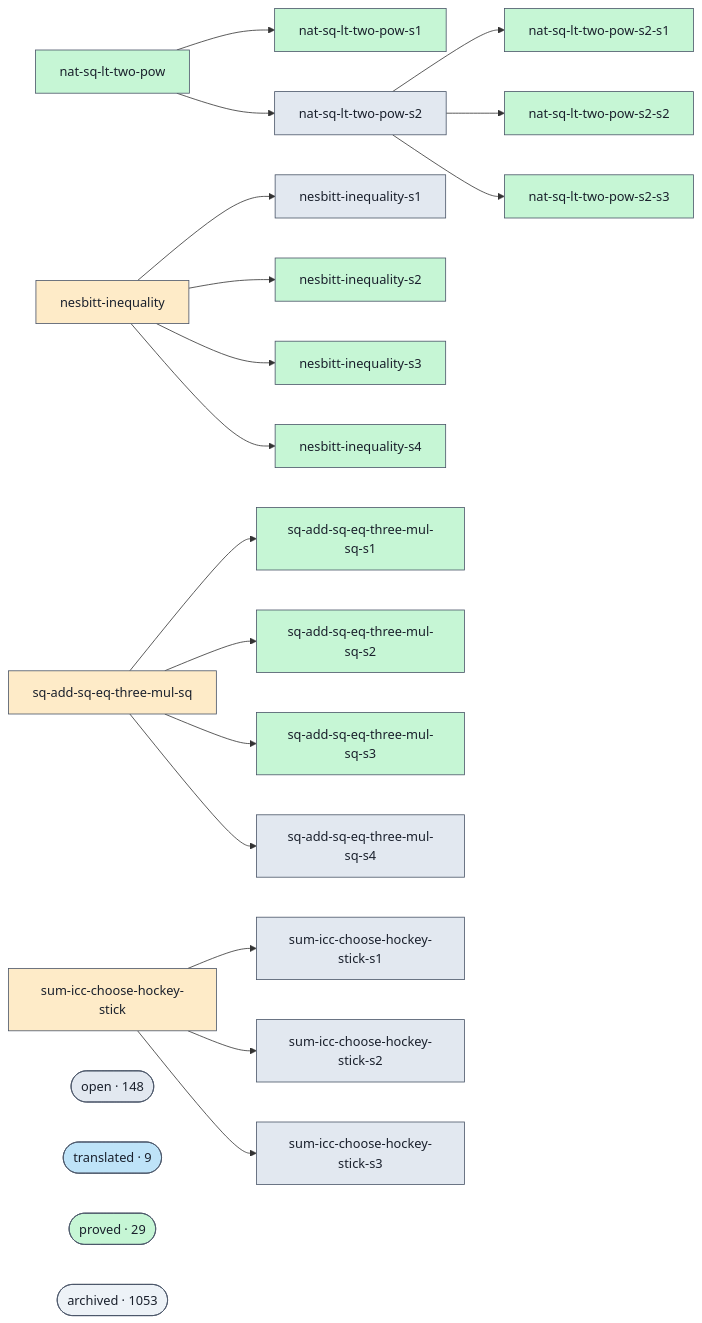
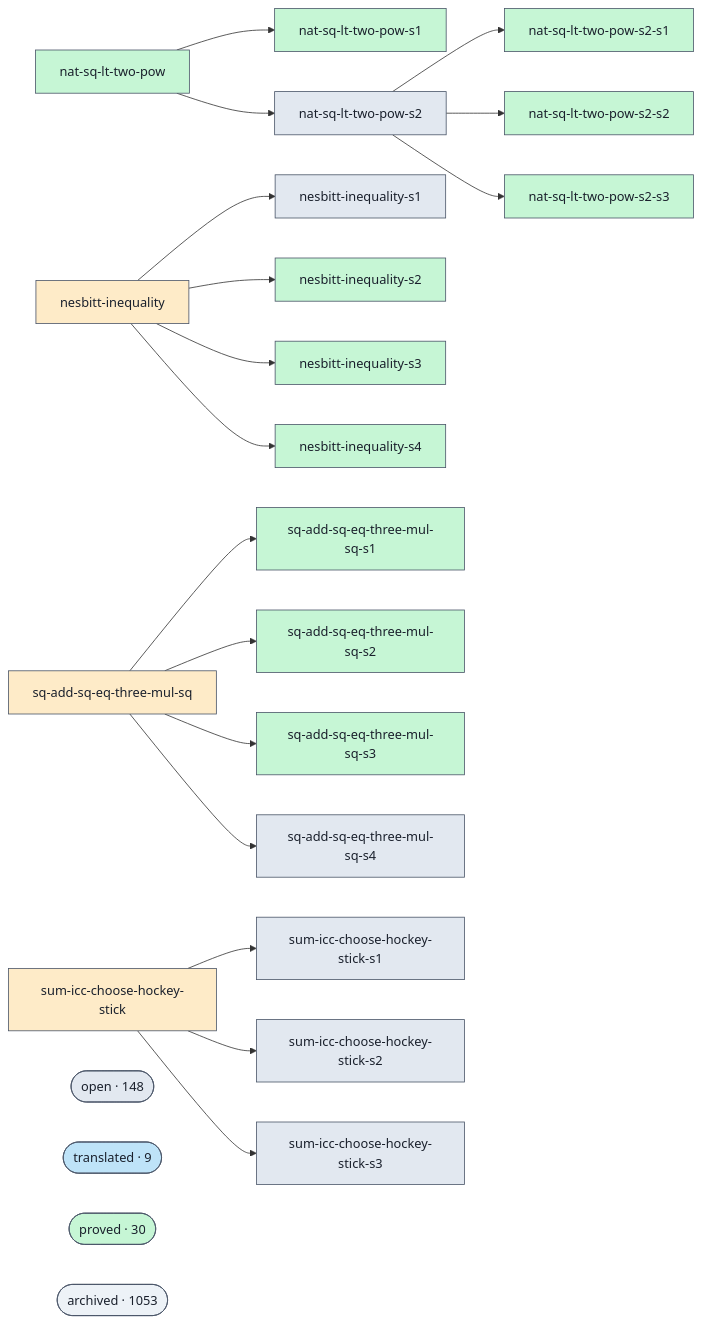
One commit to ohdearquant/unsorry changed the diagram in docs/proofs-contributors-visualisation.md. Above: the diagram before and after it, drawn with Mermaid. The commit also changed other lines of this file and 2 other files, not shown here.

```diff
--- a/docs/proofs-contributors-visualisation.md
+++ b/docs/proofs-contributors-visualisation.md
@@ -102,7 +102,7 @@
   class cluster_open open;
   cluster_translated(["translated · 9"])
   class cluster_translated translated;
-  cluster_proved(["proved · 29"])
+  cluster_proved(["proved · 30"])
   class cluster_proved proved;
   cluster_archived(["archived · 1053"])
   class cluster_archived unknown;
```
